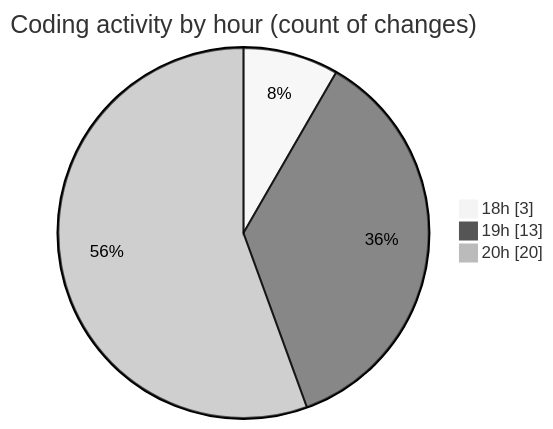
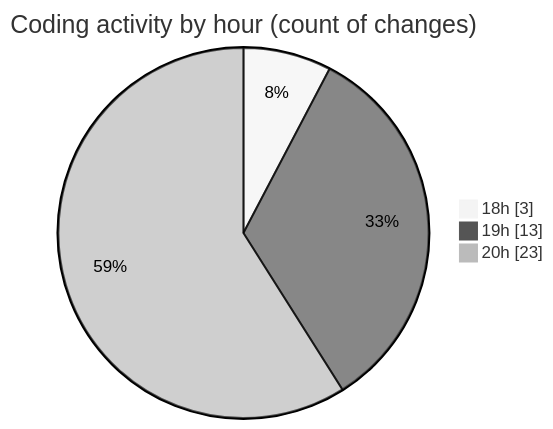
Before and after one commit to MatusMokan/code-tracking: the second of 2 diagrams in 2025-03-20/myws__workspace_/README.md, drawn with Mermaid (neutral theme). The commit also changed other lines of this file and 1 other file, not shown here.

````diff
--- a/2025-03-20/myws__workspace_/README.md
+++ b/2025-03-20/myws__workspace_/README.md
@@ -30,7 +30,7 @@
 ```mermaid
 pie showData
 title Coding activity by hour (count of changes)
 "18h" : 3
 "19h" : 13
-"20h" : 20
+"20h" : 23
 ```
````
